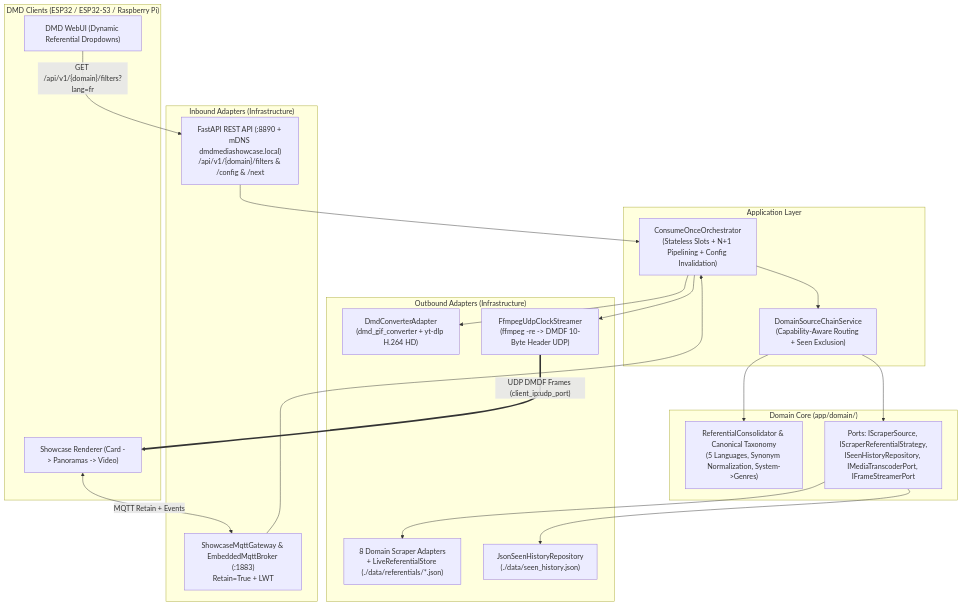
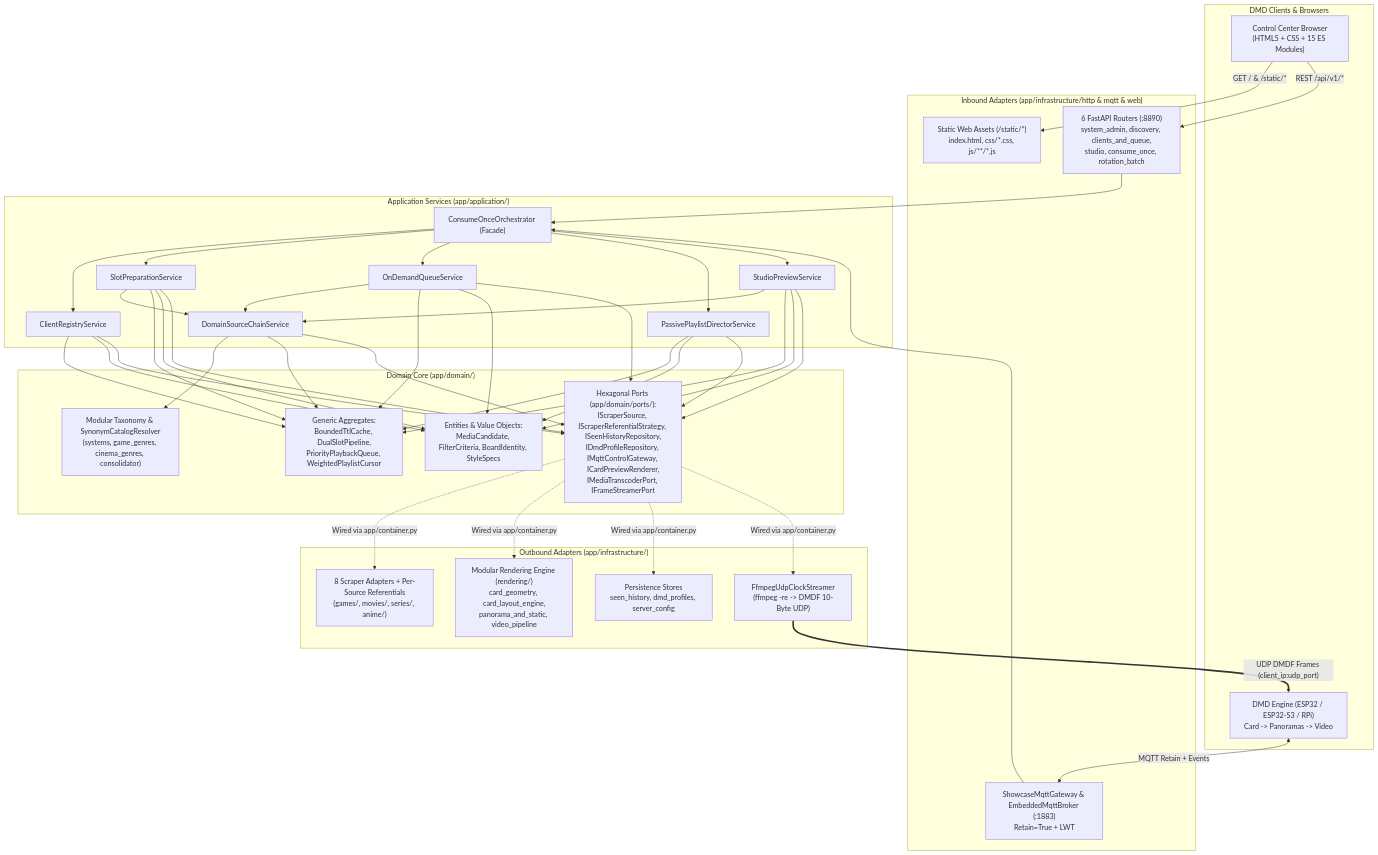
The first of 2 diagrams in docs/ARCHITECTURE.md (red77290/dmd_media_showcase), drawn with Mermaid before and after one commit. The commit also changed other lines of this file and 109 other files, not shown here.

````diff
--- a/docs/ARCHITECTURE.md
+++ b/docs/ARCHITECTURE.md
@@ -12,42 +18,49 @@
 ```mermaid
 flowchart TD
-    subgraph DMD["DMD Clients (ESP32 / ESP32-S3 / Raspberry Pi)"]
-        WUI["DMD WebUI (Dynamic Referential Dropdowns)"]
-        ENG["Showcase Renderer (Card -> Panoramas -> Video)"]
+    subgraph DMD["DMD Clients & Browsers"]
+        BROWSER["Control Center Browser\n(HTML5 + CSS + 15 ES Modules)"]
+        ENG["DMD Engine (ESP32 / ESP32-S3 / RPi)\nCard -> Panoramas -> Video"]
     end
 
-    subgraph INFRA_IN["Inbound Adapters (Infrastructure)"]
-        HTTP["FastAPI REST API (:8890 + mDNS dmdmediashowcase.local)\n/api/v1/{domain}/filters & /config & /next"]
+    subgraph INFRA_IN["Inbound Adapters (app/infrastructure/http & mqtt & web)"]
+        ROUTERS["6 FastAPI Routers (:8890)\nsystem_admin, discovery, clients_and_queue,\nstudio, consume_once, rotation_batch"]
+        STATIC["Static Web Assets (/static/*)\nindex.html, css/*.css, js/**/*.js"]
         MQTT["ShowcaseMqttGateway & EmbeddedMqttBroker (:1883)\nRetain=True + LWT"]
     end
 
-    subgraph APP["Application Layer"]
-        ORCH["ConsumeOnceOrchestrator\n(Stateless Slots + N+1 Pipelining + Config Invalidation)"]
-        CHAIN["DomainSourceChainService\n(Capability-Aware Routing + Seen Exclusion)"]
+    subgraph APP["Application Services (app/application/)"]
+        ORCH["ConsumeOnceOrchestrator (Facade)"]
+        REG_SVC["ClientRegistryService"]
+        PREP_SVC["SlotPreparationService"]
+        QUEUE_SVC["OnDemandQueueService"]
+        DIR_SVC["PassivePlaylistDirectorService"]
+        STUDIO_SVC["StudioPreviewService"]
+        CHAIN["DomainSourceChainService"]
     end
 
     subgraph DOMAIN["Domain Core (app/domain/)"]
-        TAX["ReferentialConsolidator & Canonical Taxonomy\n(5 Languages, Synonym Normalization, System->Genres)"]
-        PORTS["Ports: IScraperSource, IScraperReferentialStrategy,\nISeenHistoryRepository, IMediaTranscoderPort, IFrameStreamerPort"]
+        AGG["Generic Aggregates:\nBoundedTtlCache, DualSlotPipeline,\nPriorityPlaybackQueue, WeightedPlaylistCursor"]
+        TAX["Modular Taxonomy & SynonymCatalogResolver\n(systems, game_genres, cinema_genres, consolidator)"]
+        VO["Entities & Value Objects:\nMediaCandidate, FilterCriteria, BoardIdentity, StyleSpecs"]
+        PORTS["Hexagonal Ports (app/domain/ports/):\nIScraperSource, IScraperReferentialStrategy, ISeenHistoryRepository,\nIDmdProfileRepository, IMqttControlGateway, ICardPreviewRenderer,\nIMediaTranscoderPort, IFrameStreamerPort"]
     end
 
-    subgraph INFRA_OUT["Outbound Adapters (Infrastructure)"]
-        SCRAPERS["8 Domain Scraper Adapters\n+ LiveReferentialStore (./data/referentials/*.json)"]
-        SEEN["JsonSeenHistoryRepository\n(./data/seen_history.json)"]
-        CONV["DmdConverterAdapter\n(dmd_gif_converter + yt-dlp H.264 HD)"]
-        UDP["FfmpegUdpClockStreamer\n(ffmpeg -re -> DMDF 10-Byte Header UDP)"]
+    subgraph INFRA_OUT["Outbound Adapters (app/infrastructure/)"]
+        SCRAPERS["8 Scraper Adapters + Per-Source Referentials\n(games/, movies/, series/, anime/)"]
+        RENDER["Modular Rendering Engine (rendering/)\ncard_geometry, card_layout_engine,\npanorama_and_static, video_pipeline"]
+        PERSIST["Persistence Stores\nseen_history, dmd_profiles, server_config"]
+        UDP["FfmpegUdpClockStreamer\n(ffmpeg -re -> DMDF 10-Byte UDP)"]
     end
 
-    WUI -->|"GET /api/v1/{domain}/filters?lang=fr"| HTTP
+    BROWSER -->|"GET / & /static/*"| STATIC
+    BROWSER -->|"REST /api/v1/*"| ROUTERS
     ENG <-->|"MQTT Retain + Events"| MQTT
-    HTTP --> ORCH
+    ROUTERS --> ORCH
     MQTT --> ORCH
-    ORCH --> CHAIN
-    ORCH --> CONV
-    ORCH --> UDP
-    CHAIN --> TAX
-    CHAIN --> PORTS
-    PORTS --> SCRAPERS
-    PORTS --> SEEN
+    ORCH --> REG_SVC & PREP_SVC & QUEUE_SVC & DIR_SVC & STUDIO_SVC
+    PREP_SVC & QUEUE_SVC & STUDIO_SVC --> CHAIN
+    REG_SVC & PREP_SVC & QUEUE_SVC & DIR_SVC & STUDIO_SVC --> AGG & VO & PORTS
+    CHAIN --> TAX & AGG & PORTS
+    PORTS -.->|"Wired via app/container.py"| SCRAPERS & RENDER & PERSIST & UDP
     UDP ==>|"UDP DMDF Frames (client_ip:udp_port)"| ENG
 ```
````
